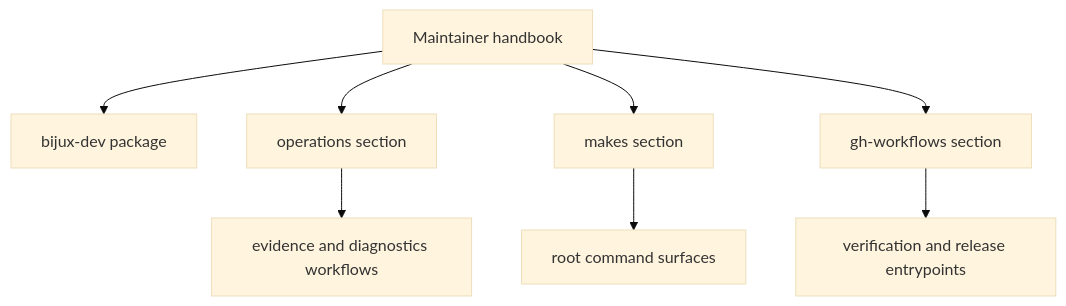
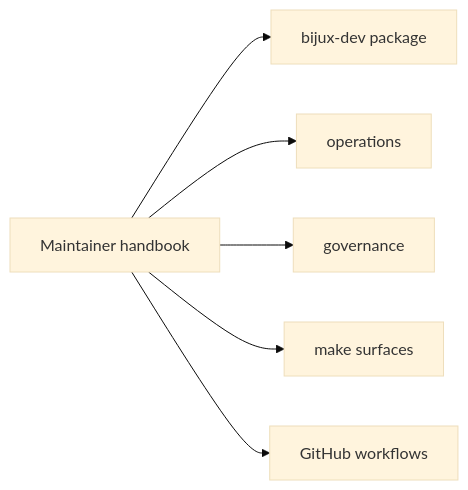
Before and after one commit to bijux/bijux-cli: the diagram in docs/bijux-dev/index.md, drawn with Mermaid (base theme). The commit also changed other lines of this file, not shown here.

Commit message:
docs(maintainer): open up the maintainer handbook root

````diff
--- a/docs/bijux-dev/index.md
+++ b/docs/bijux-dev/index.md
@@ -28,11 +28,8 @@
 ```mermaid
-flowchart TB
-    handbook["Maintainer handbook"]
-    handbook --> package["bijux-dev package"]
-    handbook --> operations["operations section"]
-    handbook --> makes["makes section"]
-    handbook --> workflows["gh-workflows section"]
-    operations --> evidence["evidence and diagnostics workflows"]
-    makes --> commands["root command surfaces"]
-    workflows --> policy["verification and release entrypoints"]
+flowchart LR
+    handbook["Maintainer handbook"] --> package["bijux-dev package"]
+    handbook --> operations["operations"]
+    handbook --> governance["governance"]
+    handbook --> makes["make surfaces"]
+    handbook --> workflows["GitHub workflows"]
 ```
````
